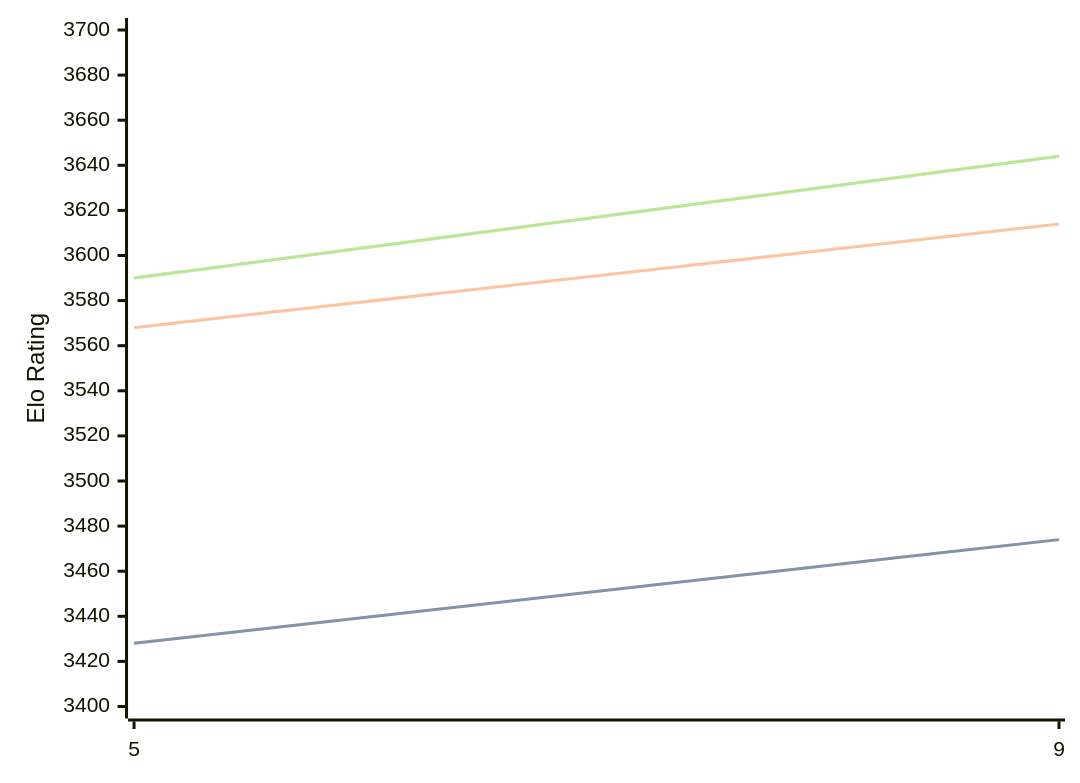
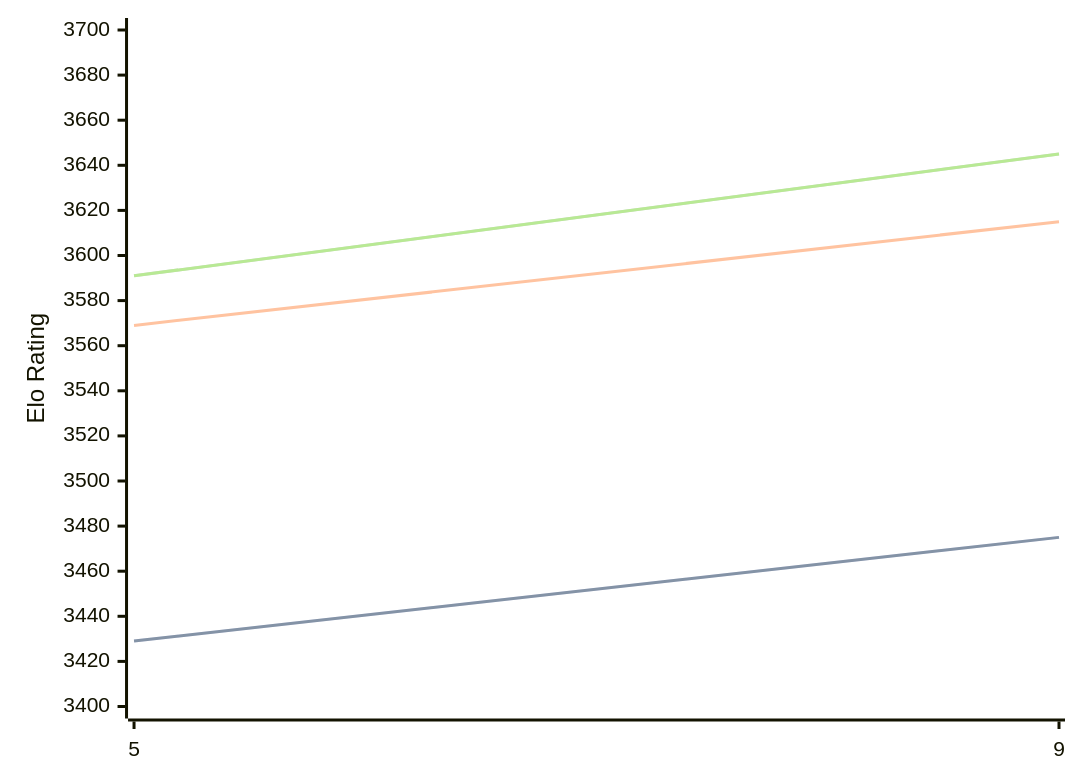
The diagram in engines/Crystal.md (computer-chess-index/cci), drawn with Mermaid before and after one commit. The commit also changed other lines of this file, not shown here.

Commit message:
Update CCI Ratings (ELO VLTC) - 2026-05-16

````diff
--- a/engines/Crystal.md
+++ b/engines/Crystal.md
@@ -60,11 +60,11 @@
 ```mermaid
 %%{init: {"theme":"base","themeVariables":{"seriesColors:['#a3a3a3','#222221','#faa371']}}}%%
 xychart-beta
   x-axis ["5", "9"]
   y-axis "Elo Rating" 3400 --> 3700
-  line "STC (8.0+0.08s)" [3428, 3474]
-  line "STC (8.0+0.08s)" [3428, 3474]
-  line "LTC (60.0+0.60s)" [3568, 3614]
-  line "VLTC (2m24s+1.12s)" [3590, 3644]
-  line "VLTC (2m24s+1.12s)" [3590, 3644]
+  line "STC (8.0+0.08s)" [3429, 3475]
+  line "STC (8.0+0.08s)" [3429, 3475]
+  line "LTC (60.0+0.60s)" [3569, 3615]
+  line "VLTC (2m24s+1.12s)" [3591, 3645]
+  line "VLTC (2m24s+1.12s)" [3591, 3645]
 ```
````
